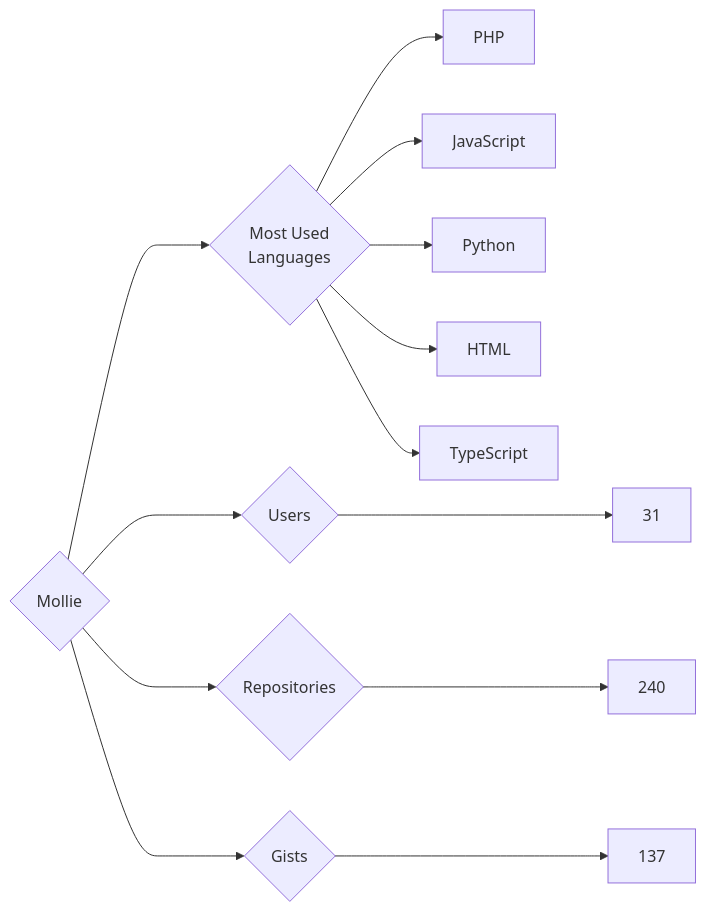
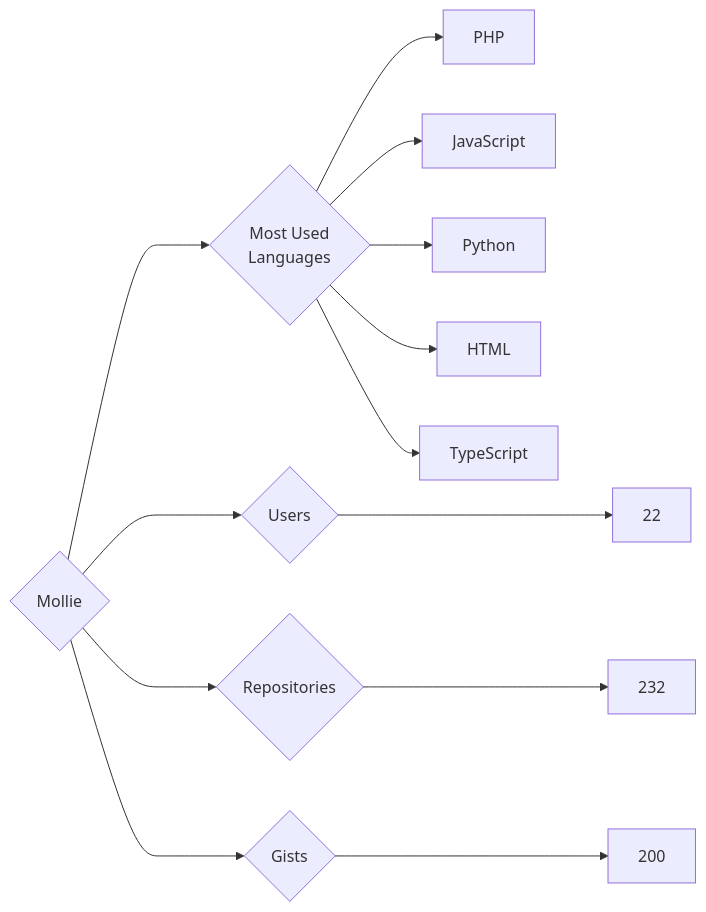
One commit to trickest/insiders changed the diagram in targets/Mollie/README.md. Above: the diagram before and after it, drawn with Mermaid. The commit also changed 928 other files, not shown here.

````diff
--- a/targets/Mollie/README.md
+++ b/targets/Mollie/README.md
@@ -3,13 +3,13 @@
 ```mermaid
 graph LR
 COMPANY_NAME{Mollie}
-COMPANY_NAME ---> U{Users} ---> UN[31]
-COMPANY_NAME ---> R{Repositories} ---> RN[240]
-COMPANY_NAME ---> G{Gists} ---> GN[137]
+COMPANY_NAME ---> U{Users} ---> UN[22]
+COMPANY_NAME ---> R{Repositories} ---> RN[232]
+COMPANY_NAME ---> G{Gists} ---> GN[200]
 COMPANY_NAME ---> ML{Most Used<br>Languages}
 ML --> PHP[PHP]
 ML --> JavaScript[JavaScript]
 ML --> Python[Python]
 ML --> HTML[HTML]
 ML --> TypeScript[TypeScript]
 ```
````
